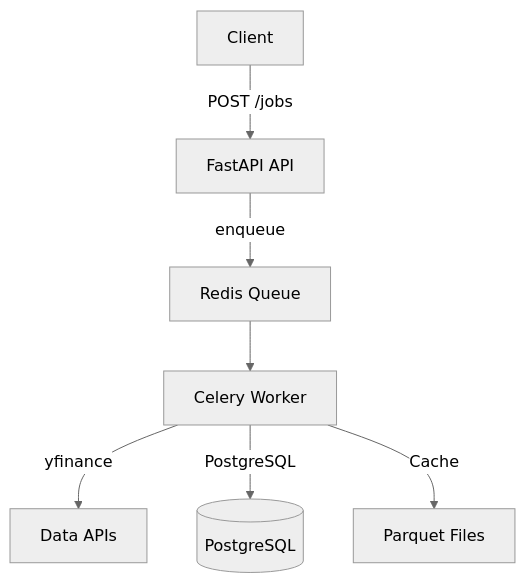
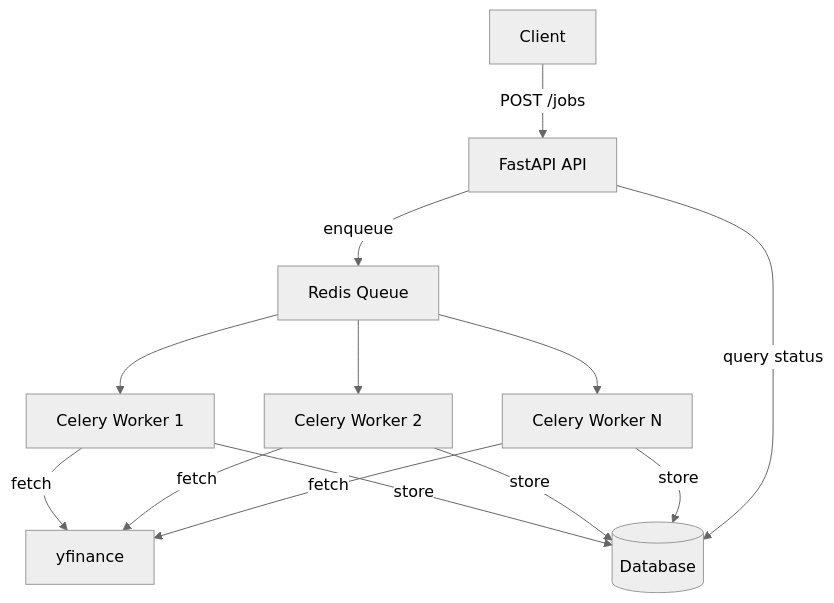
The second of 3 diagrams in docs/ARCHITECTURE.md (Thinh-nguyen-03/backgrid), drawn with Mermaid (neutral theme) before and after one commit. The commit also changed other lines of this file and 2 other files, not shown here.

````diff
--- a/docs/ARCHITECTURE.md
+++ b/docs/ARCHITECTURE.md
@@ -40,9 +137,11 @@
 ```mermaid
 graph TD
     A[Client] -->|POST /jobs| B[FastAPI API]
     B -->|enqueue| C[Redis Queue]
-    C --> D[Celery Worker]
-    D -->|yfinance| E[Data APIs]
-    D -->|PostgreSQL| F[(PostgreSQL)]
-    D -->|Cache| G[Parquet Files]
+    C --> D1[Celery Worker 1]
+    C --> D2[Celery Worker 2]
+    C --> D3[Celery Worker N]
+    D1 & D2 & D3 -->|fetch| E[yfinance]
+    D1 & D2 & D3 -->|store| F[(Database)]
+    B -->|query status| F
 ```
````
